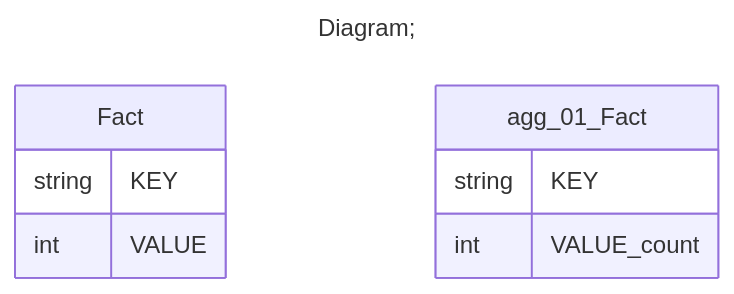
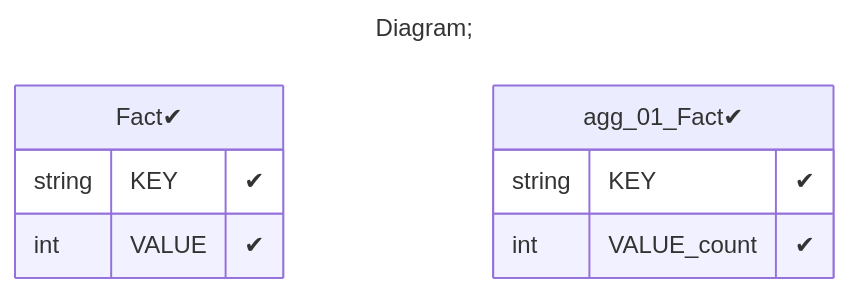
The third of 3 diagrams in demo/server/catalogs/tutorial_01-12_Cube_with_table_reference_with_AggExclude/README.MD (xmla-services/workground), drawn with Mermaid before and after one commit. The commit also changed 44 other files, not shown here.

Commit message:
tutorials. add flags (positive, negative) in database diagram Signed-off-by: dbulahov <bulahovdenis@gmail.com>

````diff
--- a/demo/server/catalogs/tutorial_01-12_Cube_with_table_reference_with_AggExclude/README.MD
+++ b/demo/server/catalogs/tutorial_01-12_Cube_with_table_reference_with_AggExclude/README.MD
@@ -54,15 +54,15 @@
 ```mermaid
 ---
 title: Diagram;
 ---
 erDiagram
-Fact{
-string KEY
-int VALUE
+"Fact✔"{
+string KEY "✔"
+int VALUE "✔"
 }
-agg_01_Fact{
-string KEY
-int VALUE_count
+"agg_01_Fact✔"{
+string KEY "✔"
+int VALUE_count "✔"
 }
 
 ```
````
